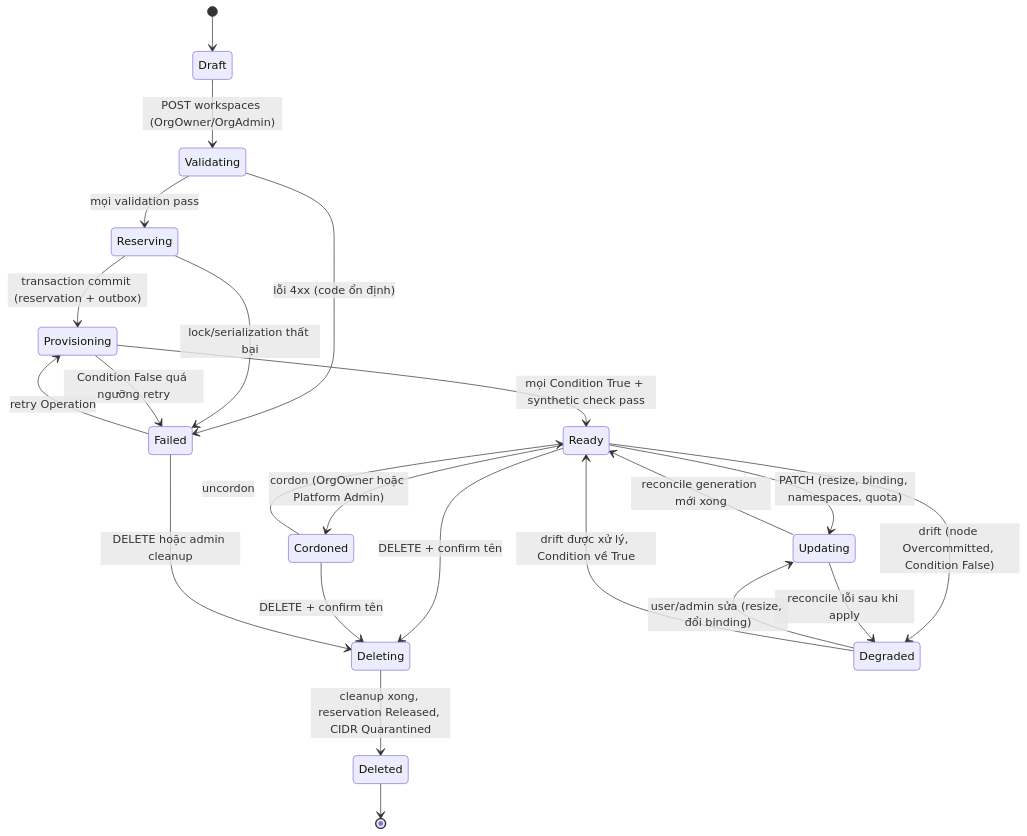
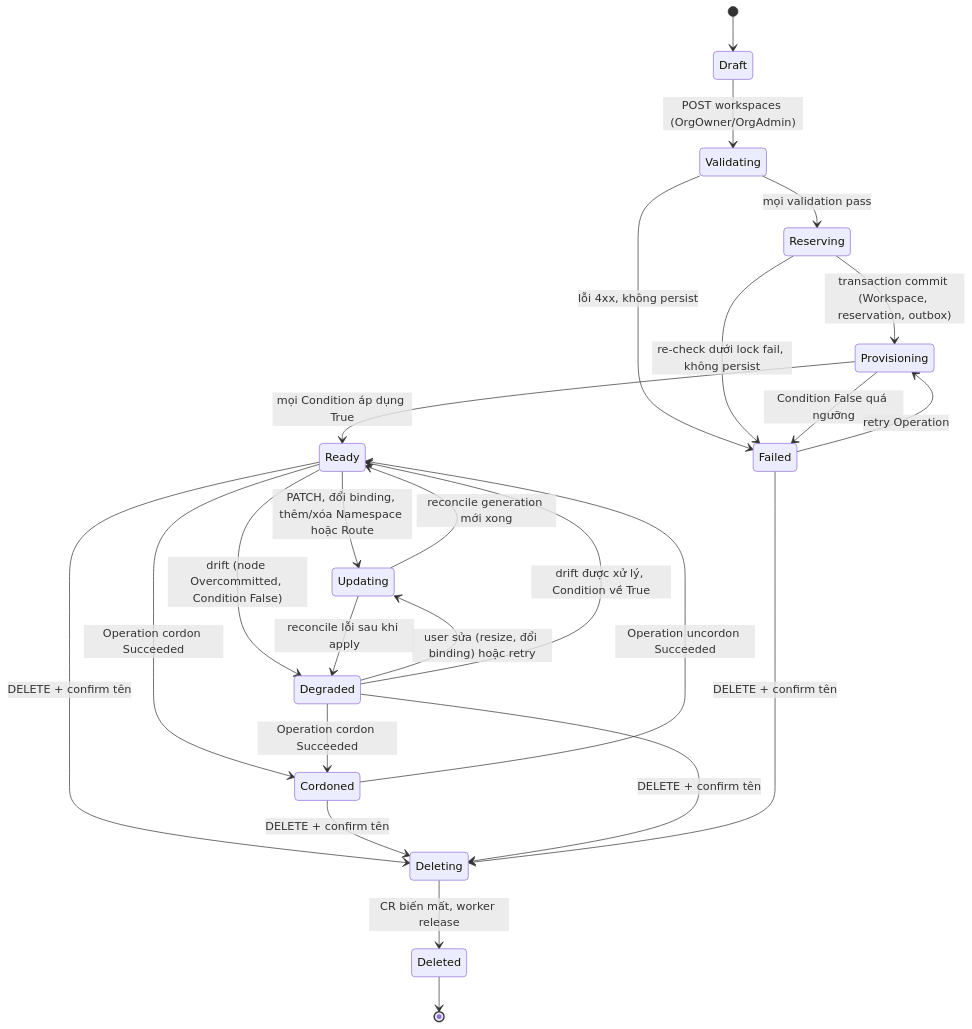
One commit to thaihoc1310/tenantry changed the first of 15 diagrams in docs/architecture/04-state-machines.md. Above: the diagram before and after it, drawn with Mermaid. The commit also changed other lines of this file and 14 other files, not shown here.

Commit message:
docs: full review of M0-M12 with org slugs without hyphens, one shared quota per Workspace, tenant RoleBinding and network admission policies, kube-proxy local detection by interface, in-app ownership transfer, missing endpoints, and demo numbers that fit the lab

````diff
--- a/docs/architecture/04-state-machines.md
+++ b/docs/architecture/04-state-machines.md
@@ -30,25 +32,27 @@
 ```mermaid
 stateDiagram-v2
   [*] --> Draft
   Draft --> Validating : POST workspaces (OrgOwner/OrgAdmin)
   Validating --> Reserving : mọi validation pass
-  Reserving --> Provisioning : transaction commit (reservation + outbox)
-  Provisioning --> Ready : mọi Condition True + synthetic check pass
-  Ready --> Updating : PATCH (resize, binding, namespaces, quota)
+  Reserving --> Provisioning : transaction commit (Workspace, reservation, outbox)
+  Provisioning --> Ready : mọi Condition áp dụng True
+  Ready --> Updating : PATCH, đổi binding, thêm/xóa Namespace hoặc Route
   Updating --> Ready : reconcile generation mới xong
-  Ready --> Cordoned : cordon (OrgOwner hoặc Platform Admin)
-  Cordoned --> Ready : uncordon
+  Ready --> Cordoned : Operation cordon Succeeded
+  Degraded --> Cordoned : Operation cordon Succeeded
+  Cordoned --> Ready : Operation uncordon Succeeded
   Ready --> Deleting : DELETE + confirm tên
   Cordoned --> Deleting : DELETE + confirm tên
-  Deleting --> Deleted : cleanup xong, reservation Released, CIDR Quarantined
+  Degraded --> Deleting : DELETE + confirm tên
+  Failed --> Deleting : DELETE + confirm tên
+  Deleting --> Deleted : CR biến mất, worker release
   Deleted --> [*]
-  Validating --> Failed : lỗi 4xx (code ổn định)
-  Reserving --> Failed : lock/serialization thất bại
-  Provisioning --> Failed : Condition False quá ngưỡng retry
+  Validating --> Failed : lỗi 4xx, không persist
+  Reserving --> Failed : re-check dưới lock fail, không persist
+  Provisioning --> Failed : Condition False quá ngưỡng
   Failed --> Provisioning : retry Operation
-  Failed --> Deleting : DELETE hoặc admin cleanup
   Ready --> Degraded : drift (node Overcommitted, Condition False)
   Updating --> Degraded : reconcile lỗi sau khi apply
-  Degraded --> Updating : user/admin sửa (resize, đổi binding)
+  Degraded --> Updating : user sửa (resize, đổi binding) hoặc retry
   Degraded --> Ready : drift được xử lý, Condition về True
 ```
````
